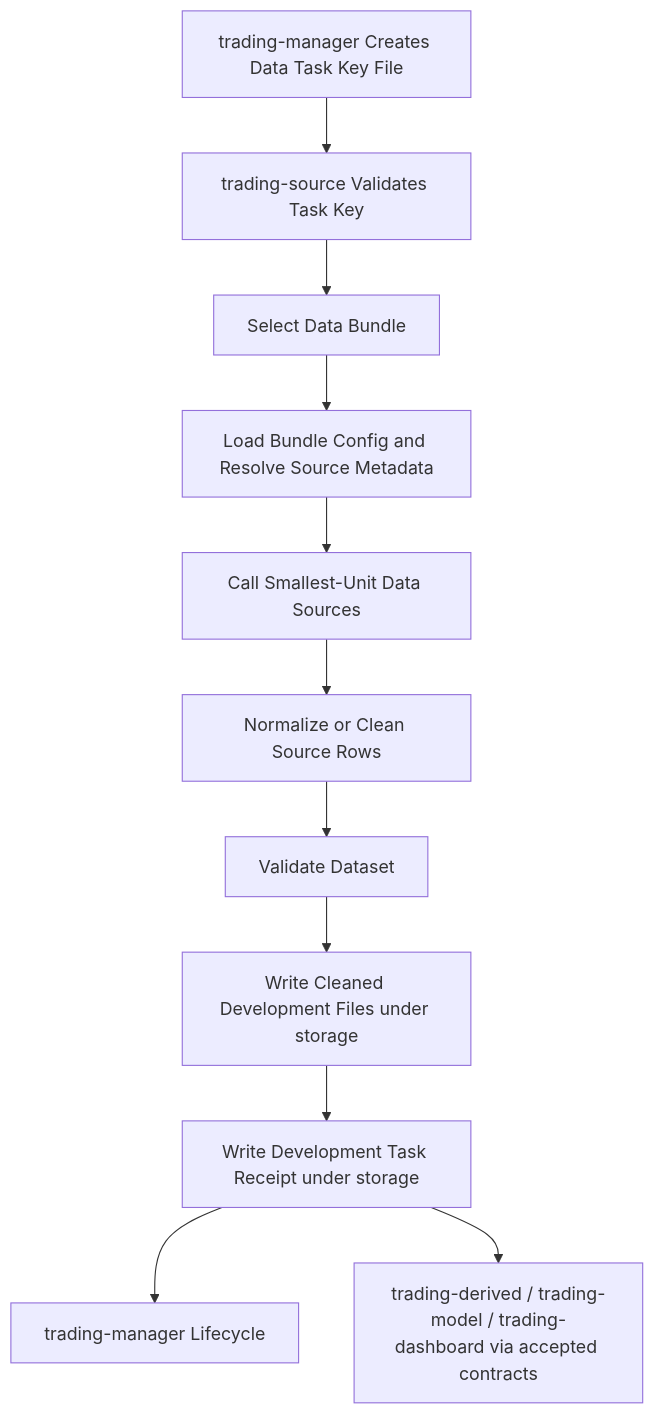
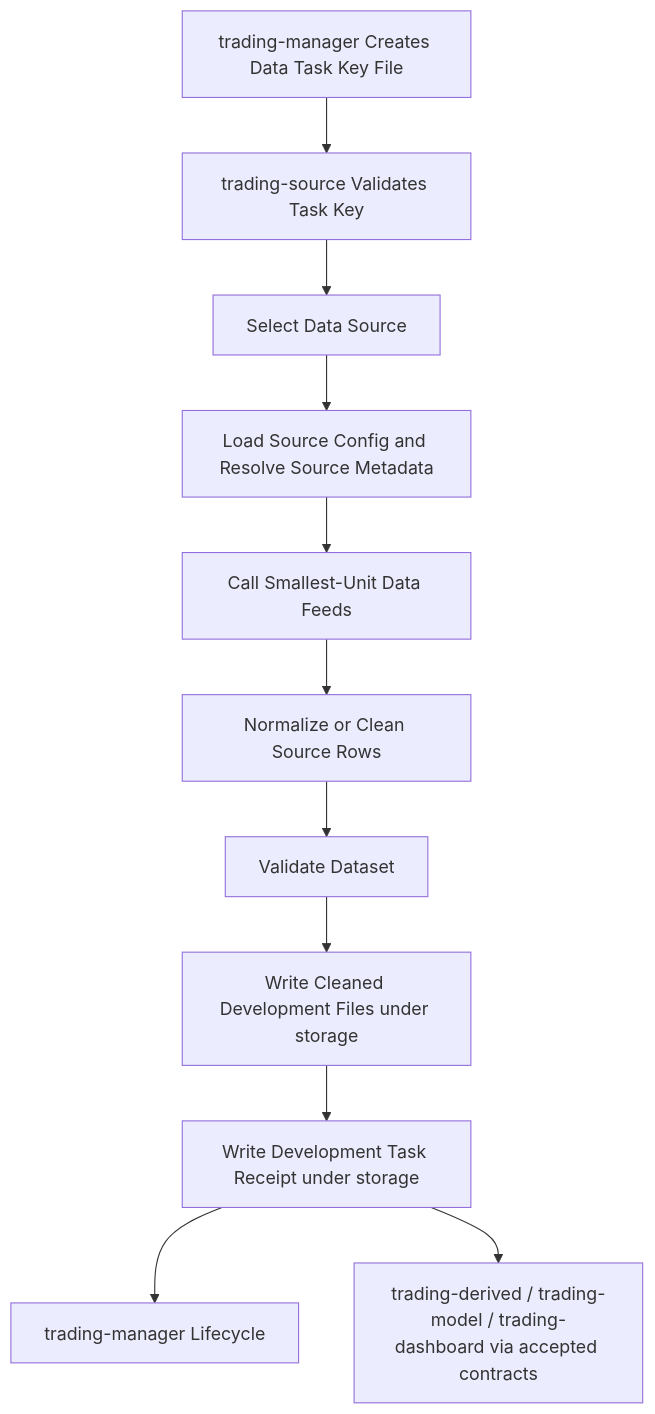
Before and after one commit to gilmore307/trading-data: the diagram in docs/02_workflow.md, drawn with Mermaid. The commit also changed other lines of this file and 204 other files, not shown here.

Commit message:
Rename data feed and source layers

````diff
--- a/docs/02_workflow.md
+++ b/docs/02_workflow.md
@@ -33,13 +33,13 @@
 ```mermaid
 flowchart TD
   A[trading-manager Creates Data Task Key File] --> B[trading-source Validates Task Key]
-  B --> C[Select Data Bundle]
-  C --> D[Load Bundle Config and Resolve Source Metadata]
-  D --> E[Call Smallest-Unit Data Sources]
+  B --> C[Select Data Source]
+  C --> D[Load Source Config and Resolve Source Metadata]
+  D --> E[Call Smallest-Unit Data Feeds]
   E --> F[Normalize or Clean Source Rows]
   F --> G[Validate Dataset]
   G --> H[Write Cleaned Development Files under storage]
   H --> I[Write Development Task Receipt under storage]
   I --> J[trading-manager Lifecycle]
   I --> K[trading-derived / trading-model / trading-dashboard via accepted contracts]
 ```
````
